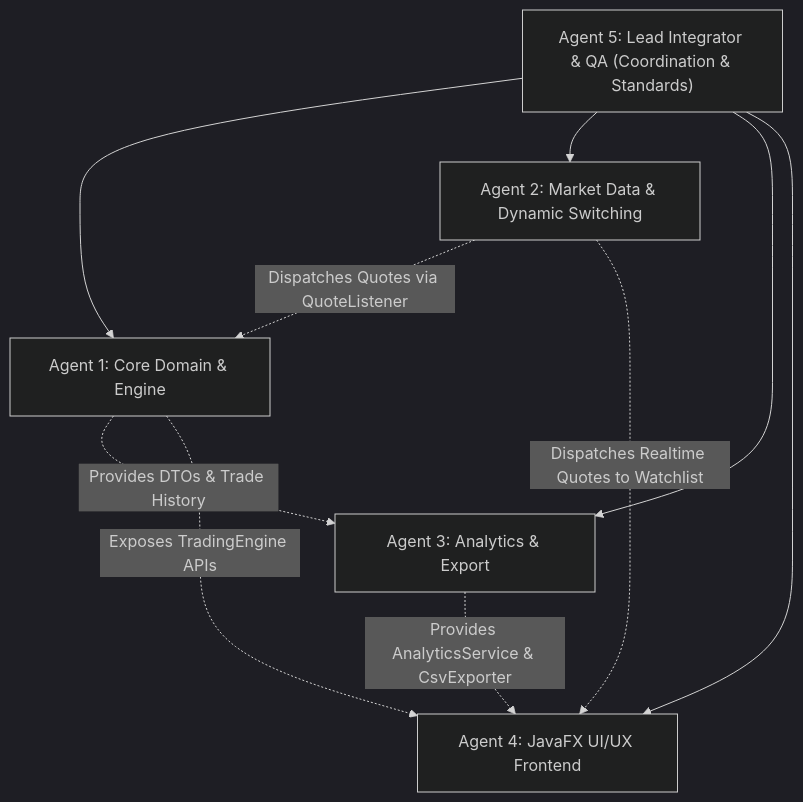
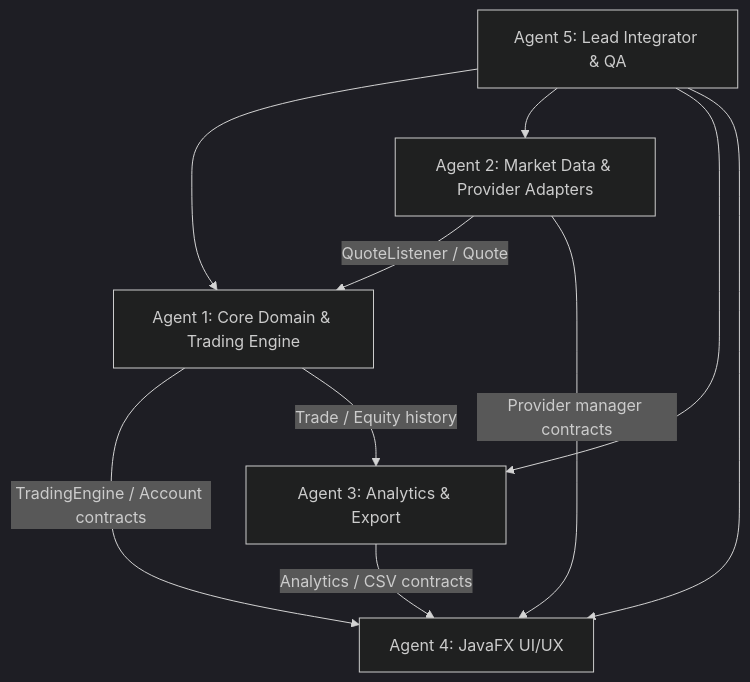
Before and after one commit to HungVQ1991/paper_trading_sim: the diagram in AGENTS.md, drawn with Mermaid (dark theme). The commit also changed other lines of this file, not shown here.

````diff
--- a/AGENTS.md
+++ b/AGENTS.md
@@ -12,19 +125,19 @@
-```mermaid
+``` mermaid
 graph TD
-    Lead["Agent 5: Lead Integrator & QA (Coordination & Standards)"]
-    A1["Agent 1: Core Domain & Engine"]
-    A2["Agent 2: Market Data & Dynamic Switching"]
+    Lead["Agent 5: Lead Integrator & QA"]
+    A1["Agent 1: Core Domain & Trading Engine"]
+    A2["Agent 2: Market Data & Provider Adapters"]
     A3["Agent 3: Analytics & Export"]
-    A4["Agent 4: JavaFX UI/UX Frontend"]
+    A4["Agent 4: JavaFX UI/UX"]
 
     Lead --> A1
     Lead --> A2
     Lead --> A3
     Lead --> A4
 
-    A1 -.->|"Provides DTOs & Trade History"| A3
-    A1 -.->|"Exposes TradingEngine APIs"| A4
-    A2 -.->|"Dispatches Quotes via QuoteListener"| A1
-    A2 -.->|"Dispatches Realtime Quotes to Watchlist"| A4
-    A3 -.->|"Provides AnalyticsService & CsvExporter"| A4
+    A2 -->|"QuoteListener / Quote"| A1
+    A1 -->|"TradingEngine / Account contracts"| A4
+    A1 -->|"Trade / Equity history"| A3
+    A2 -->|"Provider manager contracts"| A4
+    A3 -->|"Analytics / CSV contracts"| A4
 ```
````
